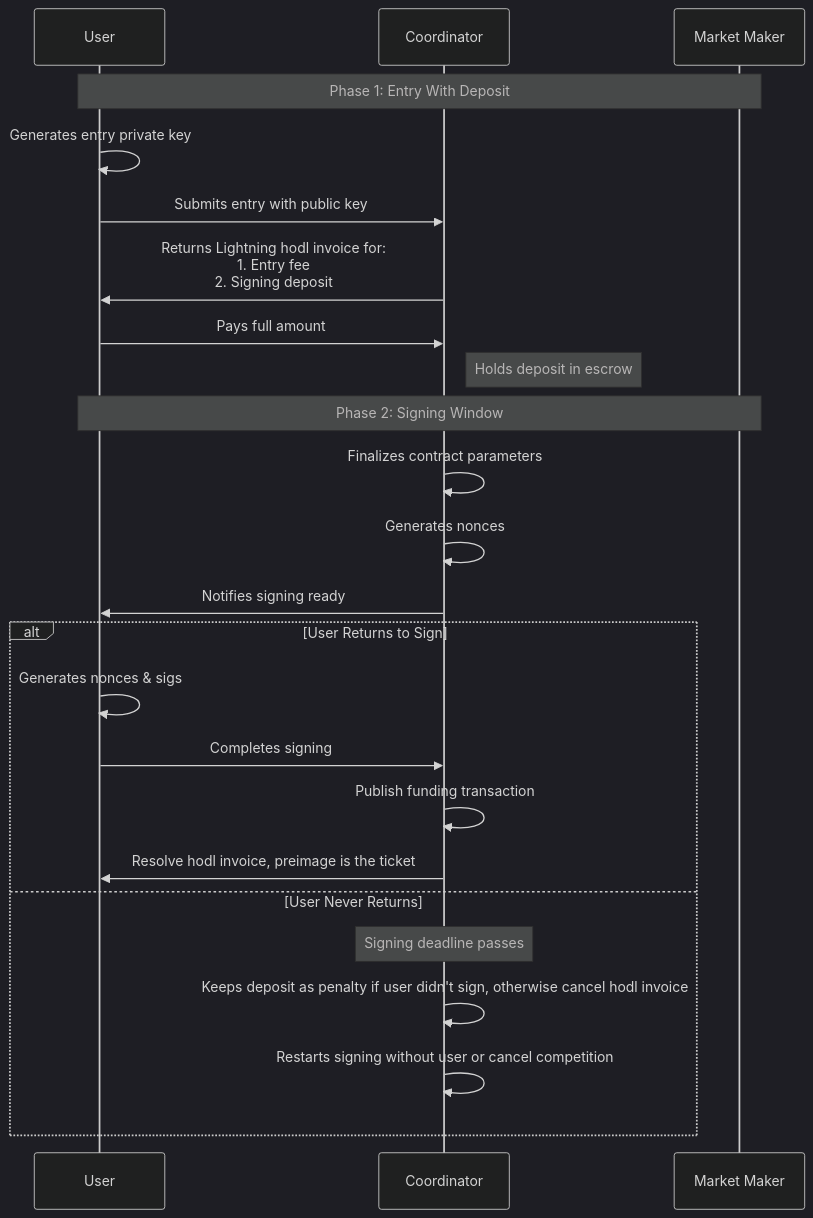
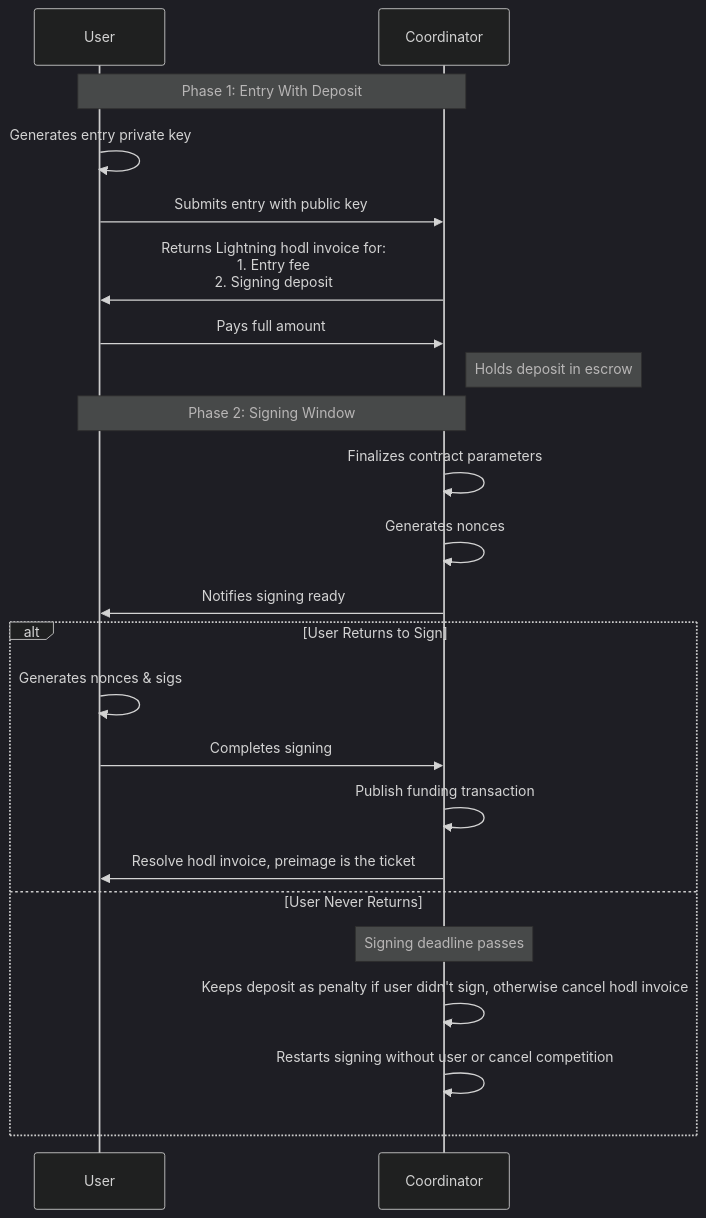
The diagram in README.md (5day4cast/coordinator), drawn with Mermaid (dark theme) before and after one commit.

````diff
--- a/README.md
+++ b/README.md
@@ -33,29 +33,28 @@
 ```mermaid
 sequenceDiagram
     participant U as User
     participant C as Coordinator
-    participant MM as Market Maker
     
-    Note over U,MM: Phase 1: Entry With Deposit
+    Note over U,C: Phase 1: Entry With Deposit
     U->>U: Generates entry private key
     U->>C: Submits entry with public key
     C->>U: Returns Lightning hodl invoice for:<br/>1. Entry fee<br/>2. Signing deposit
     U->>C: Pays full amount
     Note right of C: Holds deposit in escrow
     
-    Note over U,MM: Phase 2: Signing Window
+    Note over U,C: Phase 2: Signing Window
     C->>C: Finalizes contract parameters
     C->>C: Generates nonces
     C->>U: Notifies signing ready
     
     alt User Returns to Sign
         U->>U: Generates nonces & sigs
         U->>C: Completes signing
         C->>C: Publish funding transaction
         C->>U: Resolve hodl invoice, preimage is the ticket
     else User Never Returns
         Note over C: Signing deadline passes
         C->>C: Keeps deposit as penalty if user didn't sign, otherwise cancel hodl invoice
         C->>C: Restarts signing without user or cancel competition
     end
 ```
````
